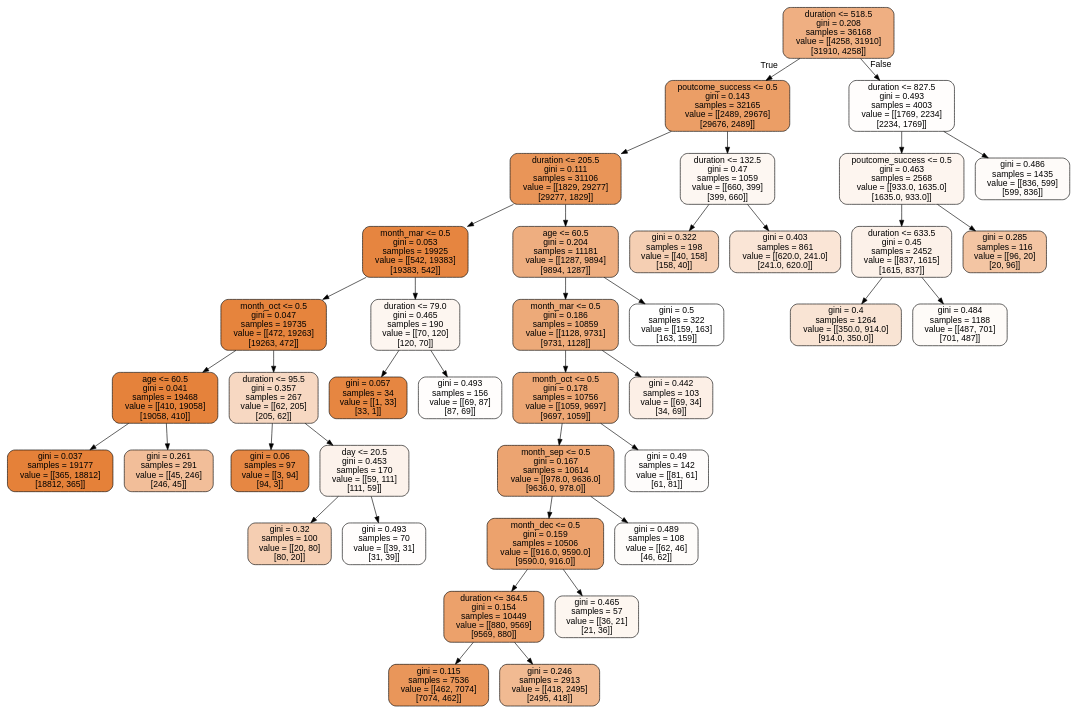
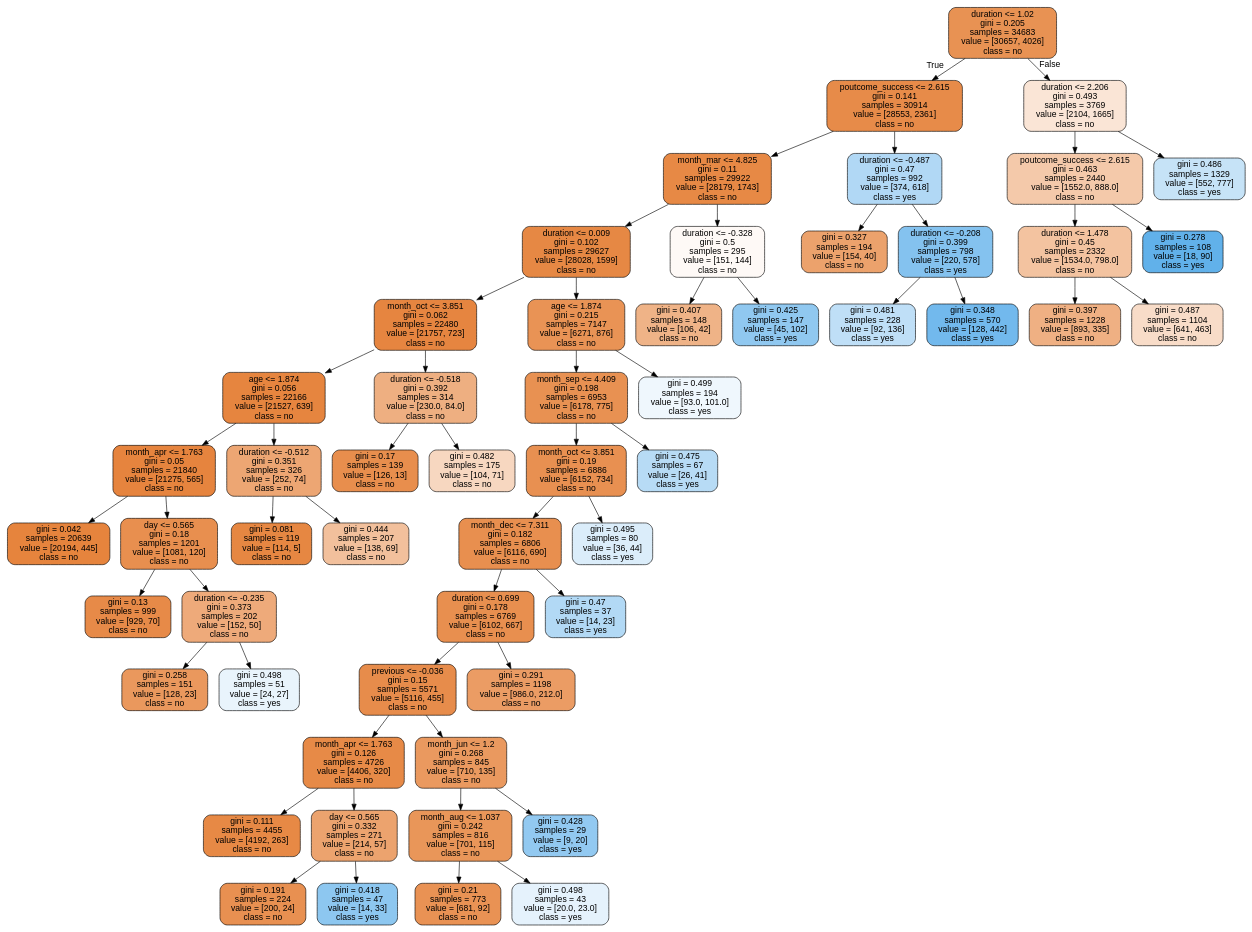
Before and after one commit to Steeve3/ML-model: the diagram in notebooks/tree.dot, drawn with Graphviz. The commit also changed 3 other files, not shown here.

```diff
--- a/notebooks/tree.dot
+++ b/notebooks/tree.dot
@@ -1,81 +1,113 @@
 digraph Tree {
 node [shape=box, style="filled, rounded", color="black", fontname="helvetica"] ;
 edge [fontname="helvetica"] ;
-0 [label="duration <= 518.5\ngini = 0.208\nsamples = 36168\nvalue = [[4258, 31910]\n[31910, 4258]]", fillcolor="#efaf82"] ;
-1 [label="poutcome_success <= 0.5\ngini = 0.143\nsamples = 32165\nvalue = [[2489, 29676]\n[29676, 2489]]", fillcolor="#eb9e66"] ;
+0 [label="duration <= 1.02\ngini = 0.205\nsamples = 34683\nvalue = [30657, 4026]\nclass = no", fillcolor="#e89253"] ;
+1 [label="poutcome_success <= 2.615\ngini = 0.141\nsamples = 30914\nvalue = [28553, 2361]\nclass = no", fillcolor="#e78b49"] ;
 0 -> 1 [labeldistance=2.5, labelangle=45, headlabel="True"] ;
-3 [label="duration <= 205.5\ngini = 0.111\nsamples = 31106\nvalue = [[1829, 29277]\n[29277, 1829]]", fillcolor="#e99558"] ;
+3 [label="month_mar <= 4.825\ngini = 0.11\nsamples = 29922\nvalue = [28179, 1743]\nclass = no", fillcolor="#e78945"] ;
 1 -> 3 ;
-5 [label="month_mar <= 0.5\ngini = 0.053\nsamples = 19925\nvalue = [[542, 19383]\n[19383, 542]]", fillcolor="#e68540"] ;
+5 [label="duration <= 0.009\ngini = 0.102\nsamples = 29627\nvalue = [28028, 1599]\nclass = no", fillcolor="#e68844"] ;
 3 -> 5 ;
-21 [label="month_oct <= 0.5\ngini = 0.047\nsamples = 19735\nvalue = [[472, 19263]\n[19263, 472]]", fillcolor="#e6843d"] ;
-5 -> 21 ;
-27 [label="age <= 60.5\ngini = 0.041\nsamples = 19468\nvalue = [[410, 19058]\n[19058, 410]]", fillcolor="#e5823b"] ;
-21 -> 27 ;
-33 [label="gini = 0.037\nsamples = 19177\nvalue = [[365, 18812]\n[18812, 365]]", fillcolor="#e58139"] ;
-27 -> 33 ;
-34 [label="gini = 0.261\nsamples = 291\nvalue = [[45, 246]\n[246, 45]]", fillcolor="#f2be99"] ;
-27 -> 34 ;
-28 [label="duration <= 95.5\ngini = 0.357\nsamples = 267\nvalue = [[62, 205]\n[205, 62]]", fillcolor="#f7d8c2"] ;
-21 -> 28 ;
-31 [label="gini = 0.06\nsamples = 97\nvalue = [[3, 94]\n[94, 3]]", fillcolor="#e68743"] ;
-28 -> 31 ;
-32 [label="day <= 20.5\ngini = 0.453\nsamples = 170\nvalue = [[59, 111]\n[111, 59]]", fillcolor="#fcf2eb"] ;
-28 -> 32 ;
-35 [label="gini = 0.32\nsamples = 100\nvalue = [[20, 80]\n[80, 20]]", fillcolor="#f5ceb2"] ;
-32 -> 35 ;
-36 [label="gini = 0.493\nsamples = 70\nvalue = [[39, 31]\n[31, 39]]", fillcolor="#fffdfc"] ;
-32 -> 36 ;
-22 [label="duration <= 79.0\ngini = 0.465\nsamples = 190\nvalue = [[70, 120]\n[120, 70]]", fillcolor="#fdf6f0"] ;
-5 -> 22 ;
-37 [label="gini = 0.057\nsamples = 34\nvalue = [[1, 33]\n[33, 1]]", fillcolor="#e68641"] ;
-22 -> 37 ;
-38 [label="gini = 0.493\nsamples = 156\nvalue = [[69, 87]\n[87, 69]]", fillcolor="#fffdfc"] ;
-22 -> 38 ;
-6 [label="age <= 60.5\ngini = 0.204\nsamples = 11181\nvalue = [[1287, 9894]\n[9894, 1287]]", fillcolor="#eeae80"] ;
+7 [label="month_oct <= 3.851\ngini = 0.062\nsamples = 22480\nvalue = [21757, 723]\nclass = no", fillcolor="#e68540"] ;
+5 -> 7 ;
+17 [label="age <= 1.874\ngini = 0.056\nsamples = 22166\nvalue = [21527, 639]\nclass = no", fillcolor="#e6853f"] ;
+7 -> 17 ;
+23 [label="month_apr <= 1.763\ngini = 0.05\nsamples = 21840\nvalue = [21275, 565]\nclass = no", fillcolor="#e6843e"] ;
+17 -> 23 ;
+35 [label="gini = 0.042\nsamples = 20639\nvalue = [20194, 445]\nclass = no", fillcolor="#e6843d"] ;
+23 -> 35 ;
+36 [label="day <= 0.565\ngini = 0.18\nsamples = 1201\nvalue = [1081, 120]\nclass = no", fillcolor="#e88f4f"] ;
+23 -> 36 ;
+49 [label="gini = 0.13\nsamples = 999\nvalue = [929, 70]\nclass = no", fillcolor="#e78a48"] ;
+36 -> 49 ;
+50 [label="duration <= -0.235\ngini = 0.373\nsamples = 202\nvalue = [152, 50]\nclass = no", fillcolor="#eeaa7a"] ;
+36 -> 50 ;
+51 [label="gini = 0.258\nsamples = 151\nvalue = [128, 23]\nclass = no", fillcolor="#ea985d"] ;
+50 -> 51 ;
+52 [label="gini = 0.498\nsamples = 51\nvalue = [24, 27]\nclass = yes", fillcolor="#e9f4fc"] ;
+50 -> 52 ;
+24 [label="duration <= -0.512\ngini = 0.351\nsamples = 326\nvalue = [252, 74]\nclass = no", fillcolor="#eda673"] ;
+17 -> 24 ;
+37 [label="gini = 0.081\nsamples = 119\nvalue = [114, 5]\nclass = no", fillcolor="#e68742"] ;
+24 -> 37 ;
+38 [label="gini = 0.444\nsamples = 207\nvalue = [138, 69]\nclass = no", fillcolor="#f2c09c"] ;
+24 -> 38 ;
+18 [label="duration <= -0.518\ngini = 0.392\nsamples = 314\nvalue = [230.0, 84.0]\nclass = no", fillcolor="#eeaf81"] ;
+7 -> 18 ;
+33 [label="gini = 0.17\nsamples = 139\nvalue = [126, 13]\nclass = no", fillcolor="#e88e4d"] ;
+18 -> 33 ;
+34 [label="gini = 0.482\nsamples = 175\nvalue = [104, 71]\nclass = no", fillcolor="#f7d7c0"] ;
+18 -> 34 ;
+8 [label="age <= 1.874\ngini = 0.215\nsamples = 7147\nvalue = [6271, 876]\nclass = no", fillcolor="#e99355"] ;
+5 -> 8 ;
+13 [label="month_sep <= 4.409\ngini = 0.198\nsamples = 6953\nvalue = [6178, 775]\nclass = no", fillcolor="#e89152"] ;
+8 -> 13 ;
+19 [label="month_oct <= 3.851\ngini = 0.19\nsamples = 6886\nvalue = [6152, 734]\nclass = no", fillcolor="#e89051"] ;
+13 -> 19 ;
+21 [label="month_dec <= 7.311\ngini = 0.182\nsamples = 6806\nvalue = [6116, 690]\nclass = no", fillcolor="#e88f4f"] ;
+19 -> 21 ;
+29 [label="duration <= 0.699\ngini = 0.178\nsamples = 6769\nvalue = [6102, 667]\nclass = no", fillcolor="#e88f4f"] ;
+21 -> 29 ;
+31 [label="previous <= -0.036\ngini = 0.15\nsamples = 5571\nvalue = [5116, 455]\nclass = no", fillcolor="#e78c4b"] ;
+29 -> 31 ;
+39 [label="month_apr <= 1.763\ngini = 0.126\nsamples = 4726\nvalue = [4406, 320]\nclass = no", fillcolor="#e78a47"] ;
+31 -> 39 ;
+45 [label="gini = 0.111\nsamples = 4455\nvalue = [4192, 263]\nclass = no", fillcolor="#e78945"] ;
+39 -> 45 ;
+46 [label="day <= 0.565\ngini = 0.332\nsamples = 271\nvalue = [214, 57]\nclass = no", fillcolor="#eca36e"] ;
+39 -> 46 ;
+47 [label="gini = 0.191\nsamples = 224\nvalue = [200, 24]\nclass = no", fillcolor="#e89051"] ;
+46 -> 47 ;
+48 [label="gini = 0.418\nsamples = 47\nvalue = [14, 33]\nclass = yes", fillcolor="#8dc7f0"] ;
+46 -> 48 ;
+40 [label="month_jun <= 1.2\ngini = 0.268\nsamples = 845\nvalue = [710, 135]\nclass = no", fillcolor="#ea995f"] ;
+31 -> 40 ;
+41 [label="month_aug <= 1.037\ngini = 0.242\nsamples = 816\nvalue = [701, 115]\nclass = no", fillcolor="#e99659"] ;
+40 -> 41 ;
+43 [label="gini = 0.21\nsamples = 773\nvalue = [681, 92]\nclass = no", fillcolor="#e99254"] ;
+41 -> 43 ;
+44 [label="gini = 0.498\nsamples = 43\nvalue = [20.0, 23.0]\nclass = yes", fillcolor="#e5f2fc"] ;
+41 -> 44 ;
+42 [label="gini = 0.428\nsamples = 29\nvalue = [9, 20]\nclass = yes", fillcolor="#92c9f1"] ;
+40 -> 42 ;
+32 [label="gini = 0.291\nsamples = 1198\nvalue = [986.0, 212.0]\nclass = no", fillcolor="#eb9c64"] ;
+29 -> 32 ;
+30 [label="gini = 0.47\nsamples = 37\nvalue = [14, 23]\nclass = yes", fillcolor="#b2d9f5"] ;
+21 -> 30 ;
+22 [label="gini = 0.495\nsamples = 80\nvalue = [36, 44]\nclass = yes", fillcolor="#dbedfa"] ;
+19 -> 22 ;
+20 [label="gini = 0.475\nsamples = 67\nvalue = [26, 41]\nclass = yes", fillcolor="#b7dbf5"] ;
+13 -> 20 ;
+14 [label="gini = 0.499\nsamples = 194\nvalue = [93.0, 101.0]\nclass = yes", fillcolor="#eff7fd"] ;
+8 -> 14 ;
+6 [label="duration <= -0.328\ngini = 0.5\nsamples = 295\nvalue = [151, 144]\nclass = no", fillcolor="#fef9f6"] ;
 3 -> 6 ;
-7 [label="month_mar <= 0.5\ngini = 0.186\nsamples = 10859\nvalue = [[1128, 9731]\n[9731, 1128]]", fillcolor="#edaa79"] ;
-6 -> 7 ;
-13 [label="month_oct <= 0.5\ngini = 0.178\nsamples = 10756\nvalue = [[1059, 9697]\n[9697, 1059]]", fillcolor="#eda775"] ;
-7 -> 13 ;
-15 [label="month_sep <= 0.5\ngini = 0.167\nsamples = 10614\nvalue = [[978.0, 9636.0]\n[9636.0, 978.0]]", fillcolor="#eca471"] ;
-13 -> 15 ;
-19 [label="month_dec <= 0.5\ngini = 0.159\nsamples = 10506\nvalue = [[916.0, 9590.0]\n[9590.0, 916.0]]", fillcolor="#eca26d"] ;
-15 -> 19 ;
-23 [label="duration <= 364.5\ngini = 0.154\nsamples = 10449\nvalue = [[880, 9569]\n[9569, 880]]", fillcolor="#eca16b"] ;
-19 -> 23 ;
-25 [label="gini = 0.115\nsamples = 7536\nvalue = [[462, 7074]\n[7074, 462]]", fillcolor="#e9965a"] ;
-23 -> 25 ;
-26 [label="gini = 0.246\nsamples = 2913\nvalue = [[418, 2495]\n[2495, 418]]", fillcolor="#f1ba92"] ;
-23 -> 26 ;
-24 [label="gini = 0.465\nsamples = 57\nvalue = [[36, 21]\n[21, 36]]", fillcolor="#fdf6f0"] ;
-19 -> 24 ;
-20 [label="gini = 0.489\nsamples = 108\nvalue = [[62, 46]\n[46, 62]]", fillcolor="#fefcfa"] ;
-15 -> 20 ;
-16 [label="gini = 0.49\nsamples = 142\nvalue = [[81, 61]\n[61, 81]]", fillcolor="#fefcfb"] ;
-13 -> 16 ;
-14 [label="gini = 0.442\nsamples = 103\nvalue = [[69, 34]\n[34, 69]]", fillcolor="#fcefe6"] ;
-7 -> 14 ;
-8 [label="gini = 0.5\nsamples = 322\nvalue = [[159, 163]\n[163, 159]]", fillcolor="#ffffff"] ;
-6 -> 8 ;
-4 [label="duration <= 132.5\ngini = 0.47\nsamples = 1059\nvalue = [[660, 399]\n[399, 660]]", fillcolor="#fdf7f2"] ;
+27 [label="gini = 0.407\nsamples = 148\nvalue = [106, 42]\nclass = no", fillcolor="#efb387"] ;
+6 -> 27 ;
+28 [label="gini = 0.425\nsamples = 147\nvalue = [45, 102]\nclass = yes", fillcolor="#90c8f0"] ;
+6 -> 28 ;
+4 [label="duration <= -0.487\ngini = 0.47\nsamples = 992\nvalue = [374, 618]\nclass = yes", fillcolor="#b1d8f5"] ;
 1 -> 4 ;
-11 [label="gini = 0.322\nsamples = 198\nvalue = [[40, 158]\n[158, 40]]", fillcolor="#f5cfb3"] ;
+11 [label="gini = 0.327\nsamples = 194\nvalue = [154, 40]\nclass = no", fillcolor="#eca26c"] ;
 4 -> 11 ;
-12 [label="gini = 0.403\nsamples = 861\nvalue = [[620.0, 241.0]\n[241.0, 620.0]]", fillcolor="#fae5d6"] ;
+12 [label="duration <= -0.208\ngini = 0.399\nsamples = 798\nvalue = [220, 578]\nclass = yes", fillcolor="#84c2ef"] ;
 4 -> 12 ;
-2 [label="duration <= 827.5\ngini = 0.493\nsamples = 4003\nvalue = [[1769, 2234]\n[2234, 1769]]", fillcolor="#fffdfc"] ;
+53 [label="gini = 0.481\nsamples = 228\nvalue = [92, 136]\nclass = yes", fillcolor="#bfdff7"] ;
+12 -> 53 ;
+54 [label="gini = 0.348\nsamples = 570\nvalue = [128, 442]\nclass = yes", fillcolor="#72b9ed"] ;
+12 -> 54 ;
+2 [label="duration <= 2.206\ngini = 0.493\nsamples = 3769\nvalue = [2104, 1665]\nclass = no", fillcolor="#fae5d6"] ;
 0 -> 2 [labeldistance=2.5, labelangle=-45, headlabel="False"] ;
-9 [label="poutcome_success <= 0.5\ngini = 0.463\nsamples = 2568\nvalue = [[933.0, 1635.0]\n[1635.0, 933.0]]", fillcolor="#fdf5ef"] ;
+9 [label="poutcome_success <= 2.615\ngini = 0.463\nsamples = 2440\nvalue = [1552.0, 888.0]\nclass = no", fillcolor="#f4c9aa"] ;
 2 -> 9 ;
-17 [label="duration <= 633.5\ngini = 0.45\nsamples = 2452\nvalue = [[837, 1615]\n[1615, 837]]", fillcolor="#fcf1e9"] ;
-9 -> 17 ;
-29 [label="gini = 0.4\nsamples = 1264\nvalue = [[350.0, 914.0]\n[914.0, 350.0]]", fillcolor="#f9e4d4"] ;
-17 -> 29 ;
-30 [label="gini = 0.484\nsamples = 1188\nvalue = [[487, 701]\n[701, 487]]", fillcolor="#fefbf8"] ;
-17 -> 30 ;
-18 [label="gini = 0.285\nsamples = 116\nvalue = [[96, 20]\n[20, 96]]", fillcolor="#f3c5a3"] ;
-9 -> 18 ;
-10 [label="gini = 0.486\nsamples = 1435\nvalue = [[836, 599]\n[599, 836]]", fillcolor="#fefbf9"] ;
+15 [label="duration <= 1.478\ngini = 0.45\nsamples = 2332\nvalue = [1534.0, 798.0]\nclass = no", fillcolor="#f3c3a0"] ;
+9 -> 15 ;
+25 [label="gini = 0.397\nsamples = 1228\nvalue = [893, 335]\nclass = no", fillcolor="#efb083"] ;
+15 -> 25 ;
+26 [label="gini = 0.487\nsamples = 1104\nvalue = [641, 463]\nclass = no", fillcolor="#f8dcc8"] ;
+15 -> 26 ;
+16 [label="gini = 0.278\nsamples = 108\nvalue = [18, 90]\nclass = yes", fillcolor="#61b1ea"] ;
+9 -> 16 ;
+10 [label="gini = 0.486\nsamples = 1329\nvalue = [552, 777]\nclass = yes", fillcolor="#c6e3f7"] ;
 2 -> 10 ;
 }
```
